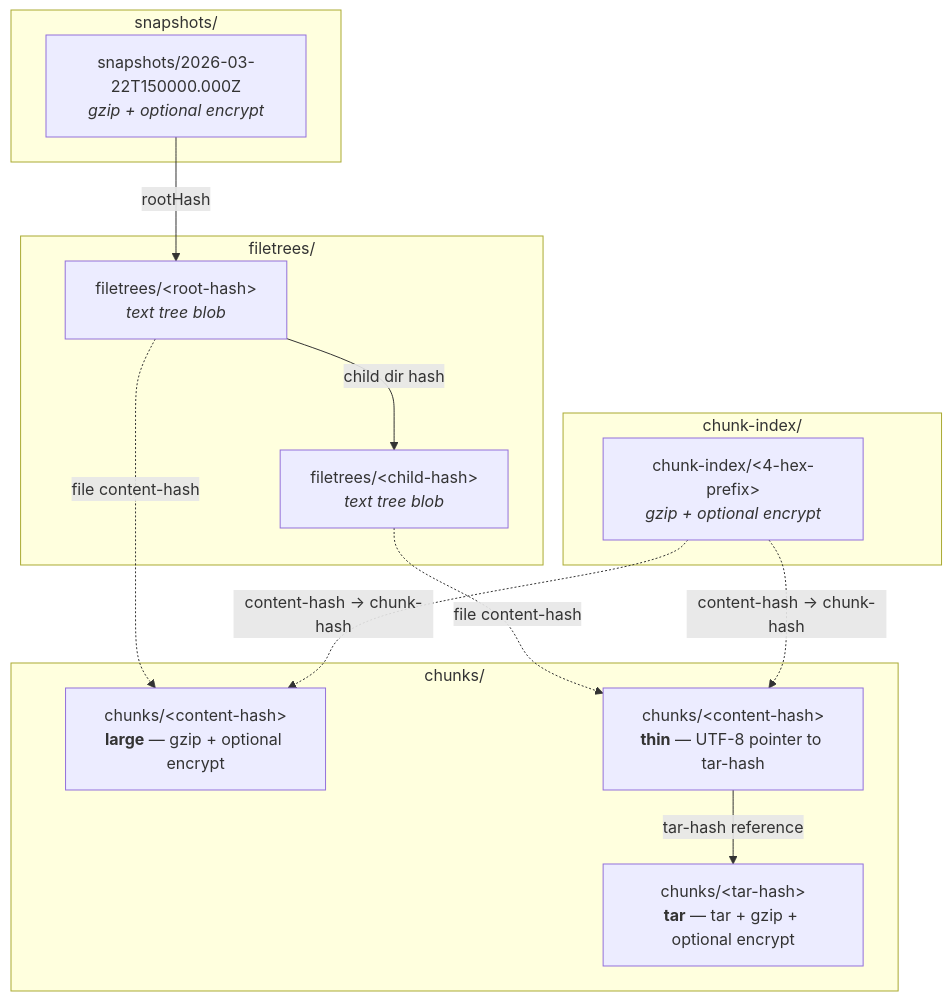
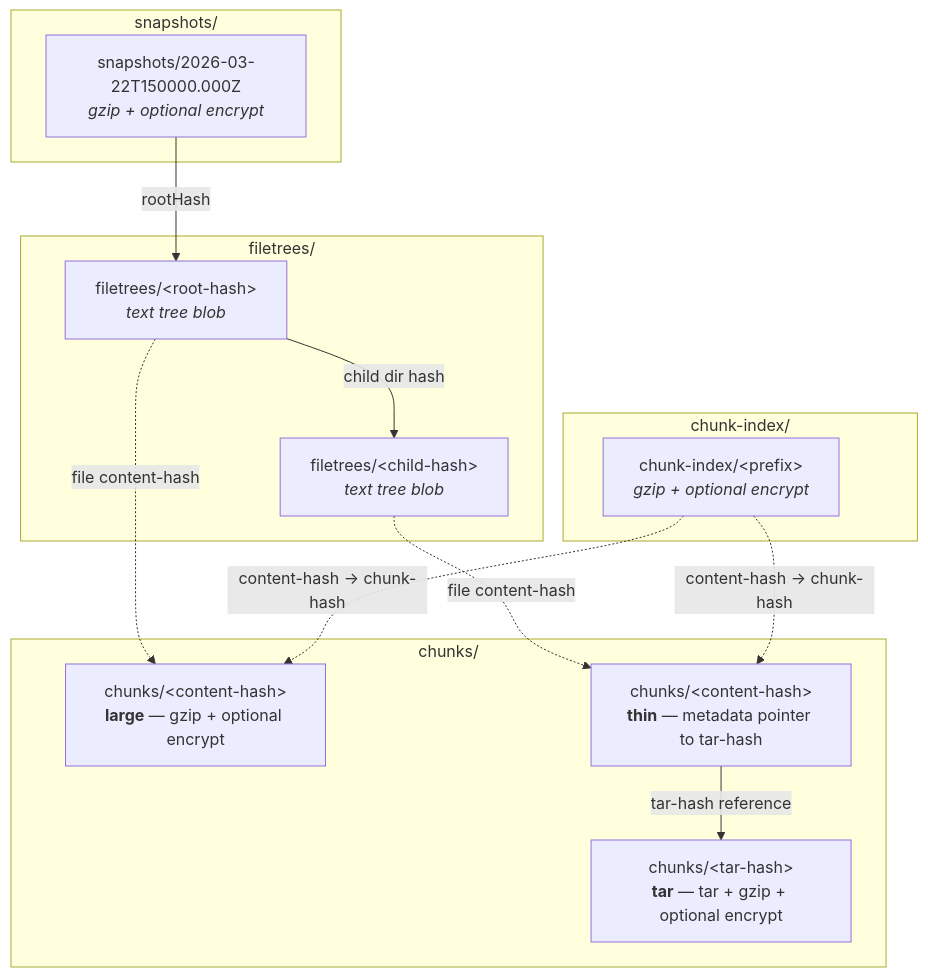
One commit to woutervanranst/Arius7 changed the diagram in README.md. Above: the diagram before and after it, drawn with Mermaid. The commit also changed other lines of this file and 81 other files, not shown here.

````diff
--- a/README.md
+++ b/README.md
@@ -202,29 +215,29 @@
 ```mermaid
 flowchart TD
     subgraph snapshots/
         S["snapshots/2026-03-22T150000.000Z<br/><i>gzip + optional encrypt</i>"]
     end
 
     subgraph filetrees/
         RT["filetrees/&lt;root-hash&gt;<br/><i>text tree blob</i>"]
         CT["filetrees/&lt;child-hash&gt;<br/><i>text tree blob</i>"]
     end
 
     subgraph chunks/
         L["chunks/&lt;content-hash&gt;<br/><b>large</b> — gzip + optional encrypt"]
         TAR["chunks/&lt;tar-hash&gt;<br/><b>tar</b> — tar + gzip + optional encrypt"]
-        TH["chunks/&lt;content-hash&gt;<br/><b>thin</b> — UTF-8 pointer to tar-hash"]
+        TH["chunks/&lt;content-hash&gt;<br/><b>thin</b> — metadata pointer to tar-hash"]
     end
 
     subgraph chunk-index/
-        CI["chunk-index/&lt;4-hex-prefix&gt;<br/><i>gzip + optional encrypt</i>"]
+        CI["chunk-index/&lt;prefix&gt;<br/><i>gzip + optional encrypt</i>"]
     end
 
     S -- "rootHash" --> RT
     RT -- "child dir hash" --> CT
     RT -. "file content-hash" .-> L
     CT -. "file content-hash" .-> TH
     TH -- "tar-hash reference" --> TAR
     CI -. "content-hash → chunk-hash" .-> L
     CI -. "content-hash → chunk-hash" .-> TH
 ```
````
